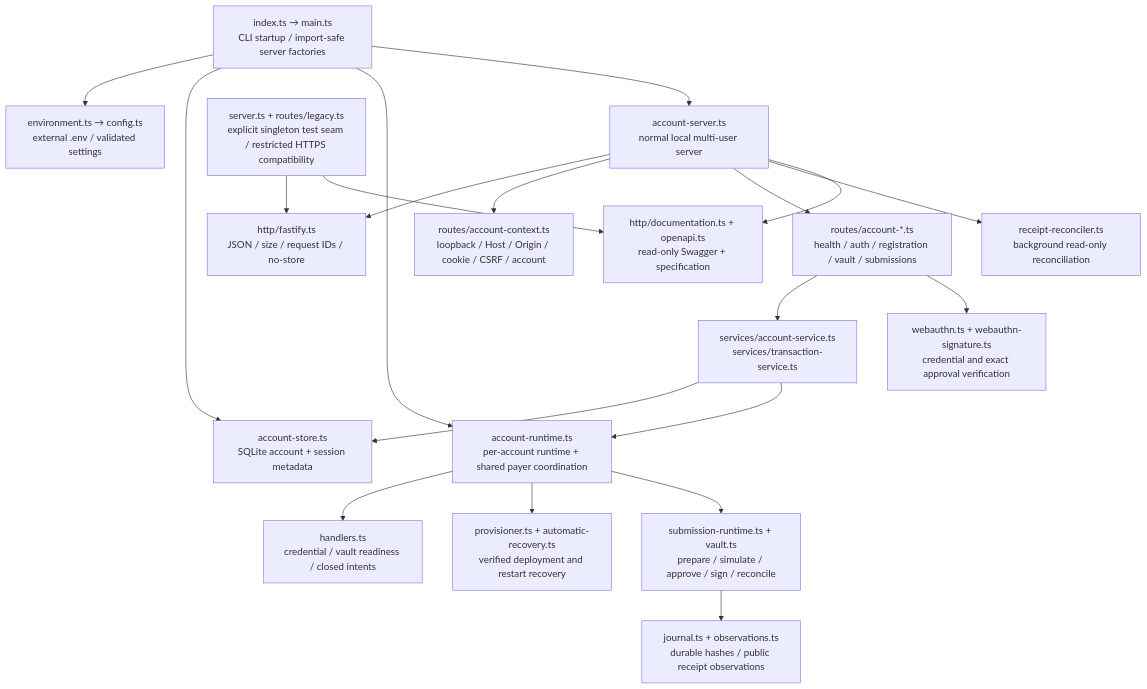
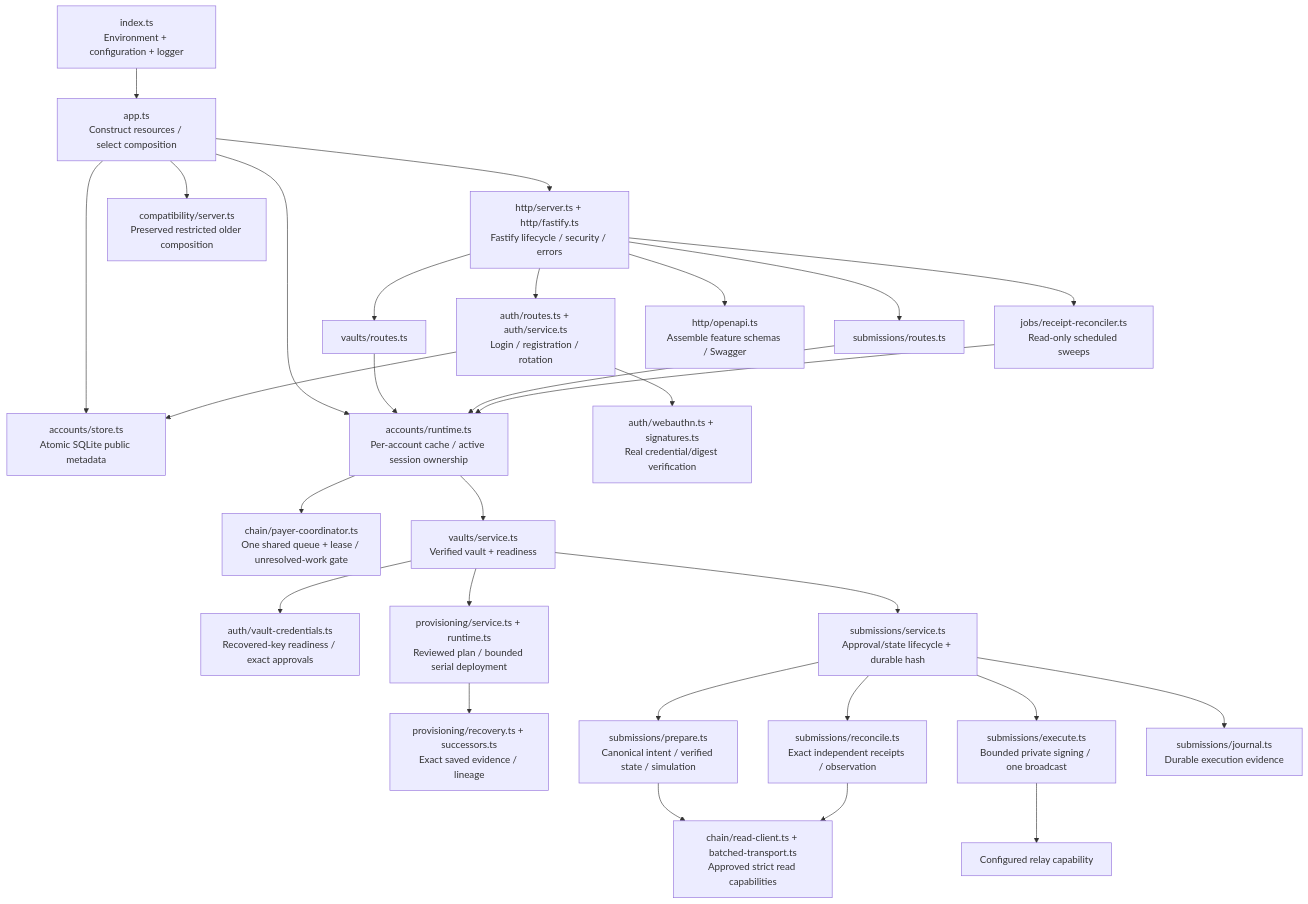
The second of 2 diagrams in docs/codebase-map.md (vibern0/tiered-spending-guard), drawn with Mermaid before and after one commit. The commit also changed other lines of this file and 120 other files, not shown here.

````diff
--- a/docs/codebase-map.md
+++ b/docs/codebase-map.md
@@ -52,22 +71,31 @@
 ```mermaid
 flowchart TD
-    Start["index.ts → main.ts\nCLI startup / import-safe server factories"] --> Env["environment.ts → config.ts\nexternal .env / validated settings"]
-    Start --> Store["account-store.ts\nSQLite account + session metadata"]
-    Start --> Gateway["account-runtime.ts\nper-account runtime + shared payer coordination"]
-    Start --> Server["account-server.ts\nnormal local multi-user server"]
-    Server --> HTTP["http/fastify.ts\nJSON / size / request IDs / no-store"]
-    Server --> Boundary["routes/account-context.ts\nloopback / Host / Origin / cookie / CSRF / account"]
-    Server --> Routes["routes/account-*.ts\nhealth / auth / registration / vault / submissions"]
-    Routes --> Services["services/account-service.ts\nservices/transaction-service.ts"]
-    Routes --> WebAuthn["webauthn.ts + webauthn-signature.ts\ncredential and exact approval verification"]
-    Services --> Store
-    Services --> Gateway
-    Gateway --> Handlers["handlers.ts\ncredential / vault readiness / closed intents"]
-    Gateway --> Provision["provisioner.ts + automatic-recovery.ts\nverified deployment and restart recovery"]
-    Gateway --> Submission["submission-runtime.ts + vault.ts\nprepare / simulate / approve / sign / reconcile"]
-    Submission --> Journal["journal.ts + observations.ts\ndurable hashes / public receipt observations"]
-    Server --> Worker["receipt-reconciler.ts\nbackground read-only reconciliation"]
-    Server --> Docs["http/documentation.ts + openapi.ts\nread-only Swagger + specification"]
-    Legacy["server.ts + routes/legacy.ts\nexplicit singleton test seam / restricted HTTPS compatibility"] --> HTTP
-    Legacy --> Docs
+    Index["index.ts\nEnvironment + configuration + logger"] --> App["app.ts\nConstruct resources / select composition"]
+    App --> HTTP["http/server.ts + http/fastify.ts\nFastify lifecycle / security / errors"]
+    App --> Store["accounts/store.ts\nAtomic SQLite public metadata"]
+    App --> Runtime["accounts/runtime.ts\nPer-account cache / active session ownership"]
+    HTTP --> Auth["auth/routes.ts + auth/service.ts\nLogin / registration / rotation"]
+    Auth --> Store
+    Auth --> Crypto["auth/webauthn.ts + signatures.ts\nReal credential/digest verification"]
+    HTTP --> VaultRoutes["vaults/routes.ts"]
+    HTTP --> SubmissionRoutes["submissions/routes.ts"]
+    VaultRoutes --> Runtime
+    SubmissionRoutes --> Runtime
+    Runtime --> Payer["chain/payer-coordinator.ts\nOne shared queue + lease / unresolved-work gate"]
+    Runtime --> Vault["vaults/service.ts\nVerified vault + readiness"]
+    Vault --> Credentials["auth/vault-credentials.ts\nRecovered-key readiness / exact approvals"]
+    Vault --> Provision["provisioning/service.ts + runtime.ts\nReviewed plan / bounded serial deployment"]
+    Provision --> Recovery["provisioning/recovery.ts + successors.ts\nExact saved evidence / lineage"]
+    Vault --> Lifecycle["submissions/service.ts\nApproval/state lifecycle + durable hash"]
+    Lifecycle --> Prepare["submissions/prepare.ts\nCanonical intent / verified state / simulation"]
+    Lifecycle --> Execute["submissions/execute.ts\nBounded private signing / one broadcast"]
+    Lifecycle --> Receipt["submissions/reconcile.ts\nExact independent receipts / observation"]
+    Lifecycle --> Journal["submissions/journal.ts\nDurable execution evidence"]
+    Prepare --> Readers["chain/read-client.ts + batched-transport.ts\nApproved strict read capabilities"]
+    Receipt --> Readers
+    Execute --> Relay["Configured relay capability"]
+    HTTP --> Job["jobs/receipt-reconciler.ts\nRead-only scheduled sweeps"]
+    Job --> Runtime
+    HTTP --> Docs["http/openapi.ts\nAssemble feature schemas / Swagger"]
+    App --> Compatibility["compatibility/server.ts\nPreserved restricted older composition"]
 ```
````
